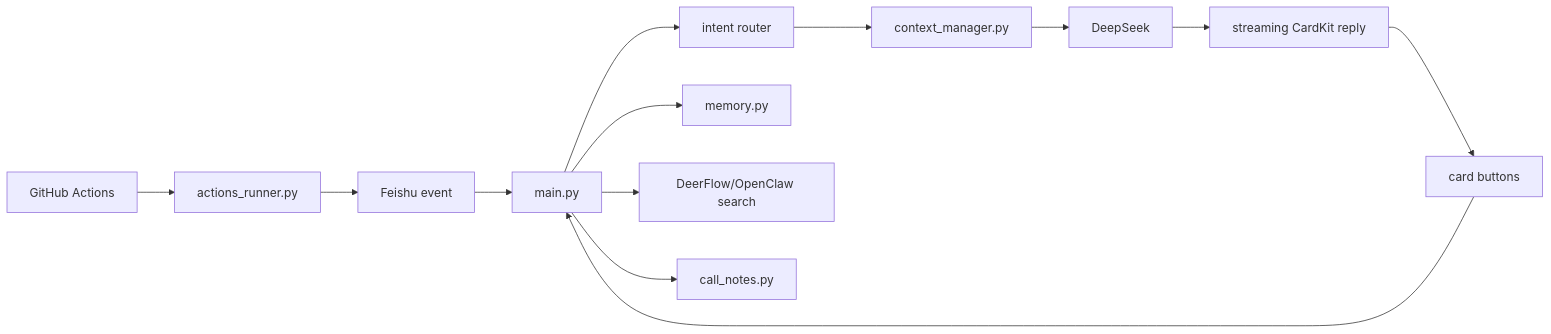
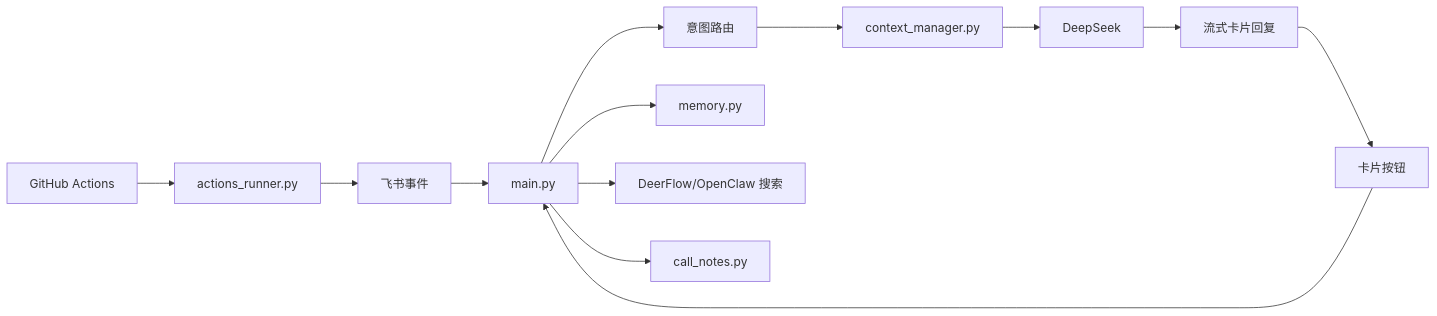
Before and after one commit to yuaiccc/feishu-companion-bot: the diagram in README.md, drawn with Mermaid. The commit also changed other lines of this file and 29 other files, not shown here.

````diff
--- a/README.md
+++ b/README.md
@@ -19,15 +20,15 @@
 ```mermaid
 flowchart LR
-  A["Feishu event"] --> B["main.py"]
-  B --> C["intent router"]
+  A["飞书事件"] --> B["main.py"]
+  B --> C["意图路由"]
   C --> D["context_manager.py"]
   D --> E["DeepSeek"]
-  E --> F["streaming CardKit reply"]
-  F --> G["card buttons"]
+  E --> F["流式卡片回复"]
+  F --> G["卡片按钮"]
   G --> B
   B --> H["memory.py"]
-  B --> I["DeerFlow/OpenClaw search"]
+  B --> I["DeerFlow/OpenClaw 搜索"]
   B --> J["call_notes.py"]
   K["GitHub Actions"] --> L["actions_runner.py"]
   L --> A
 ```
````
